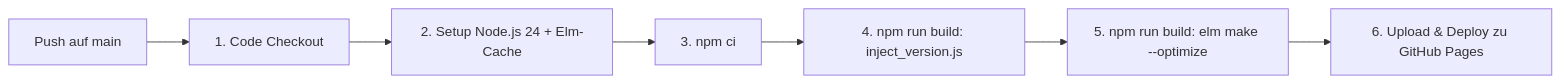
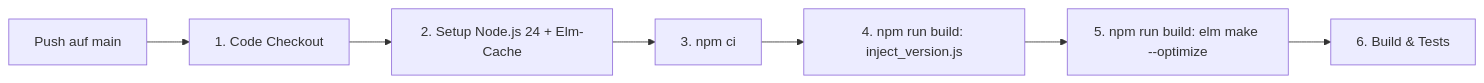
One commit to Der-Mehlmann/KrokenKompass changed the first of 2 diagrams in docs/🚀-Deployment-&-CI-CD-Pipelines.md. Above: the diagram before and after it, drawn with Mermaid. The commit also changed other lines of this file and 12 other files, not shown here.

````diff
--- a/docs/🚀-Deployment-&-CI-CD-Pipelines.md
+++ b/docs/🚀-Deployment-&-CI-CD-Pipelines.md
@@ -9,9 +9,9 @@
 ```mermaid
 flowchart LR
     Push["Push auf main"] --> Checkout["1. Code Checkout"]
     Checkout --> Setup["2. Setup Node.js 24 + Elm-Cache"]
     Setup --> Install["3. npm ci"]
     Install --> Version["4. npm run build: inject_version.js"]
     Version --> Compile["5. npm run build: elm make --optimize"]
-    Compile --> Deploy["6. Upload & Deploy zu GitHub Pages"]
+    Compile --> Validate["6. Build & Tests"]
 ```
````
